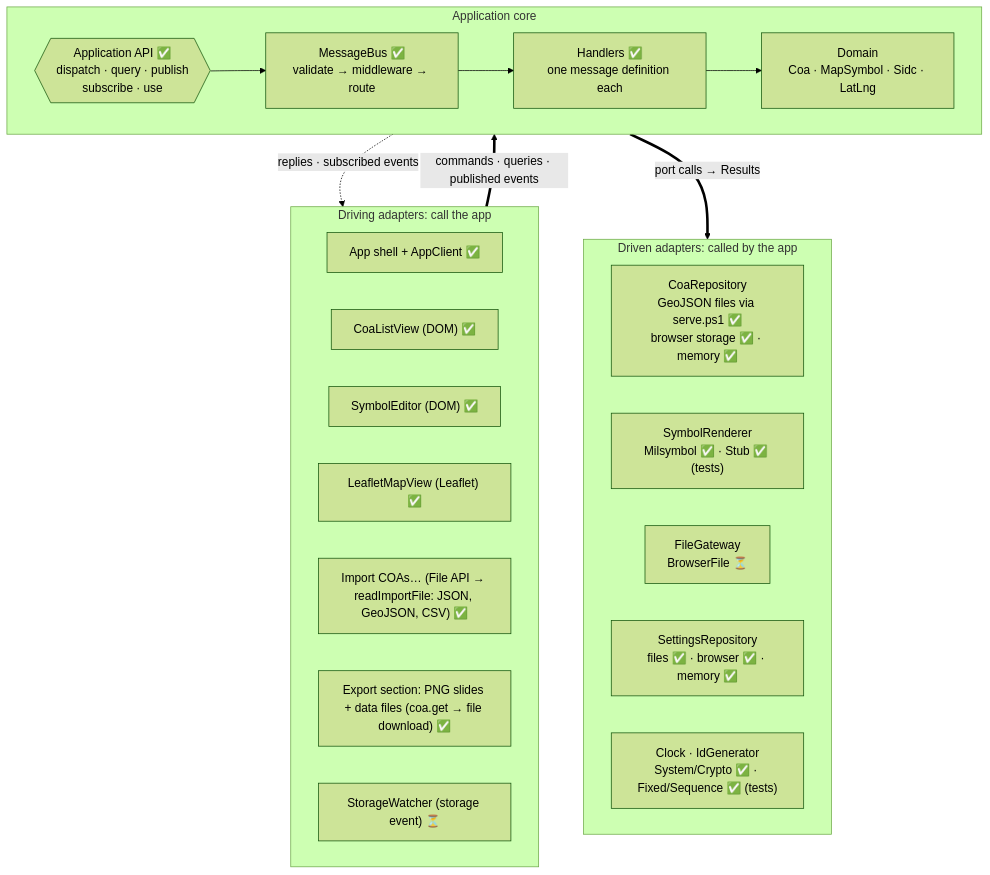
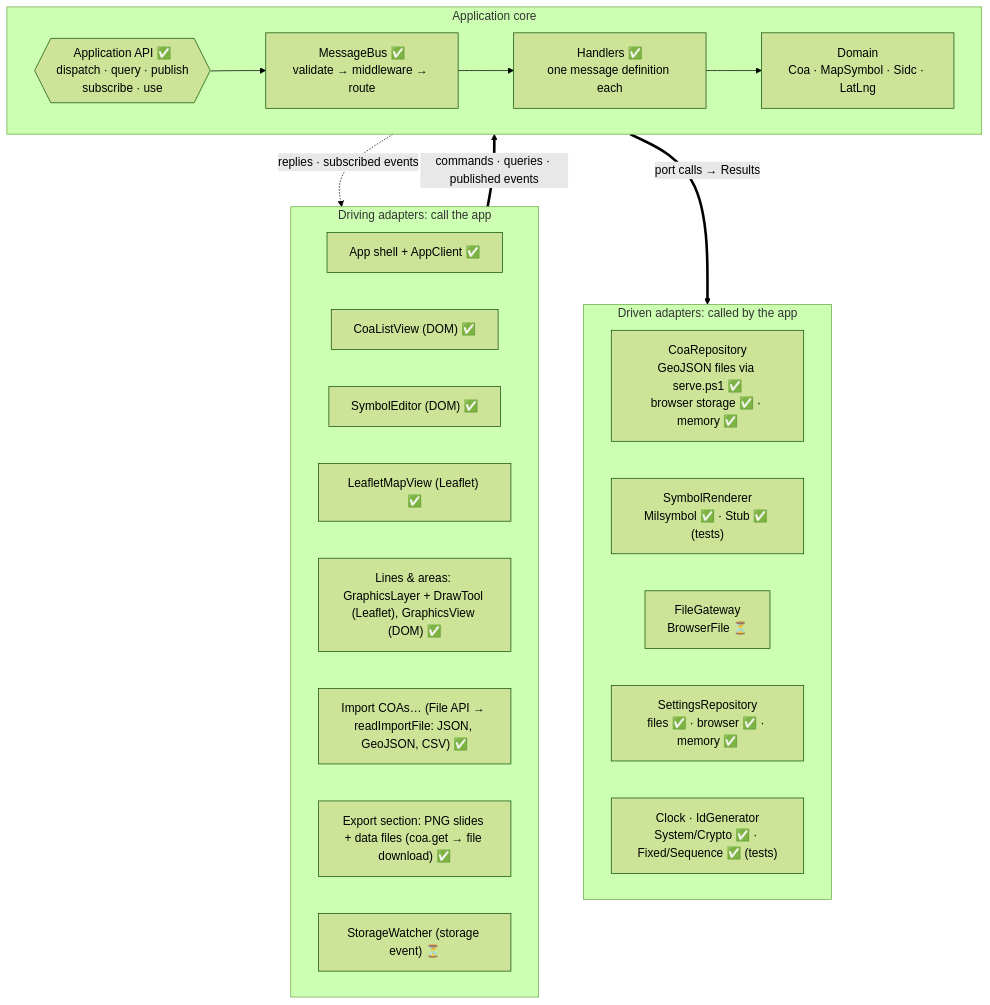
One commit to kentongoldthorpe/sidc changed the first of 9 diagrams in docs/ARCHITECTURE.md. Above: the diagram before and after it, drawn with Mermaid (forest theme). The commit also changed other lines of this file and 12 other files, not shown here.

First line of the commit message:
Draw and edit lines, areas and range rings on the map (COA-8.2)

````diff
--- a/docs/ARCHITECTURE.md
+++ b/docs/ARCHITECTURE.md
@@ -16,35 +16,36 @@
 ```mermaid
 flowchart TB
   subgraph driving["Driving adapters: call the app"]
     direction LR
     SHELL["App shell + AppClient ✅"]
     LIST["CoaListView (DOM) ✅"]
     EDITOR["SymbolEditor (DOM) ✅"]
     MAP["LeafletMapView (Leaflet) ✅"]
+    GFX["Lines & areas: GraphicsLayer + DrawTool (Leaflet), GraphicsView (DOM) ✅"]
     IMPORT["Import COAs… (File API → readImportFile: JSON, GeoJSON, CSV) ✅"]
     EXPORTV["Export section: PNG slides + data files (coa.get → file download) ✅"]
     WATCH["StorageWatcher (storage event) ⏳"]
   end
 
   subgraph core["Application core"]
     direction LR
     API{{"Application API ✅<br/>dispatch · query · publish<br/>subscribe · use"}}
     BUS["MessageBus ✅<br/>validate → middleware → route"]
     HANDLERS["Handlers ✅<br/>one message definition each"]
     DOMAIN["Domain<br/>Coa · MapSymbol · Sidc · LatLng"]
     API --> BUS --> HANDLERS --> DOMAIN
   end
 
   subgraph driven["Driven adapters: called by the app"]
     direction LR
     REPO["CoaRepository<br/>GeoJSON files via serve.ps1 ✅<br/>browser storage ✅ · memory ✅"]
     RENDER["SymbolRenderer<br/>Milsymbol ✅ · Stub ✅ (tests)"]
     FILES["FileGateway<br/>BrowserFile ⏳"]
     SETTINGS["SettingsRepository<br/>files ✅ · browser ✅ · memory ✅"]
     SYS["Clock · IdGenerator<br/>System/Crypto ✅ · Fixed/Sequence ✅ (tests)"]
   end
 
   driving == "commands · queries · published events" ==> API
   API -. "replies · subscribed events" .-> driving
   HANDLERS == "port calls → Results" ==> driven
 ```
````
